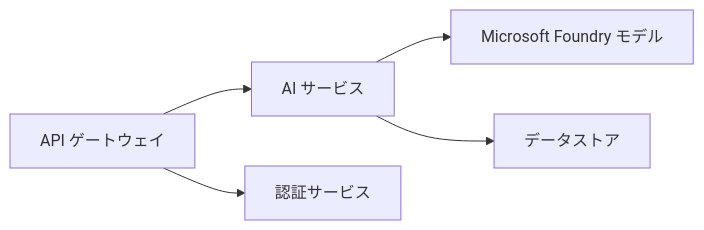
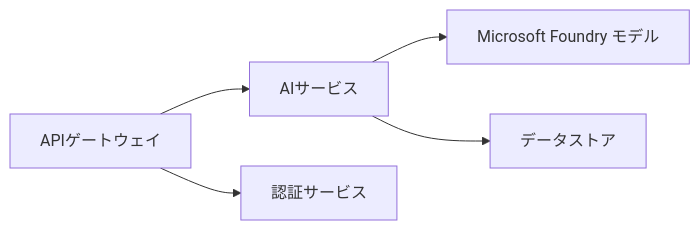
Before and after one commit to microsoft/AZD-for-beginners: the first of 2 diagrams in translations/ja/docs/chapter-08-production/README.md, drawn with Mermaid. The commit also changed other lines of this file and 101 other files, not shown here.

````diff
--- a/translations/ja/docs/chapter-08-production/README.md
+++ b/translations/ja/docs/chapter-08-production/README.md
@@ -46,6 +48,6 @@
 ```mermaid
 graph LR
-    Gateway[API ゲートウェイ] --> AI[AI サービス] --> Models[Microsoft Foundry モデル]
+    Gateway[APIゲートウェイ] --> AI[AIサービス] --> Models[Microsoft Foundry モデル]
     Gateway --> Auth[認証サービス]
     AI --> Data[データストア]
 ```
````
